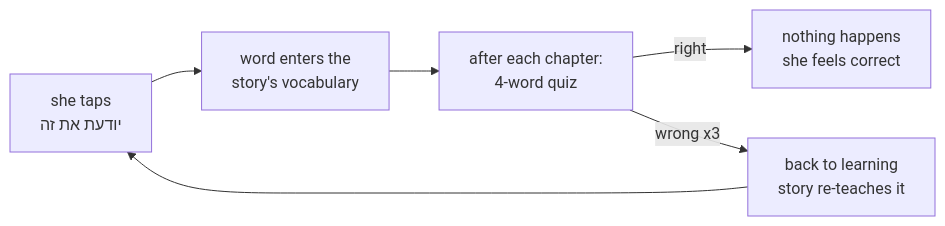
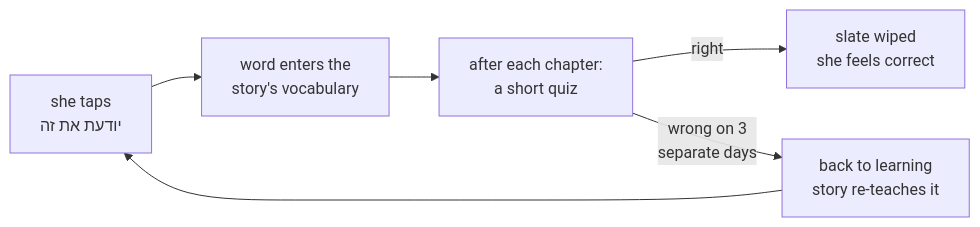
One commit to dkreinov/magic-clinic-english changed the diagram in .oplan/word-quiz/STATUS.md. Above: the diagram before and after it, drawn with Mermaid. The commit also changed other lines of this file and 4 other files, not shown here.

````diff
--- a/.oplan/word-quiz/STATUS.md
+++ b/.oplan/word-quiz/STATUS.md
@@ -15,8 +16,8 @@
 ```mermaid
 flowchart LR
     A["she taps<br/>יודעת את זה"] --> B["word enters the<br/>story's vocabulary"]
-    B --> C["after each chapter:<br/>4-word quiz"]
-    C -->|right| D["nothing happens<br/>she feels correct"]
-    C -->|wrong x3| E["back to learning<br/>story re-teaches it"]
+    B --> C["after each chapter:<br/>a short quiz"]
+    C -->|right| D["slate wiped<br/>she feels correct"]
+    C -->|"wrong on 3<br/>separate days"| E["back to learning<br/>story re-teaches it"]
     E --> A
 ```
````
